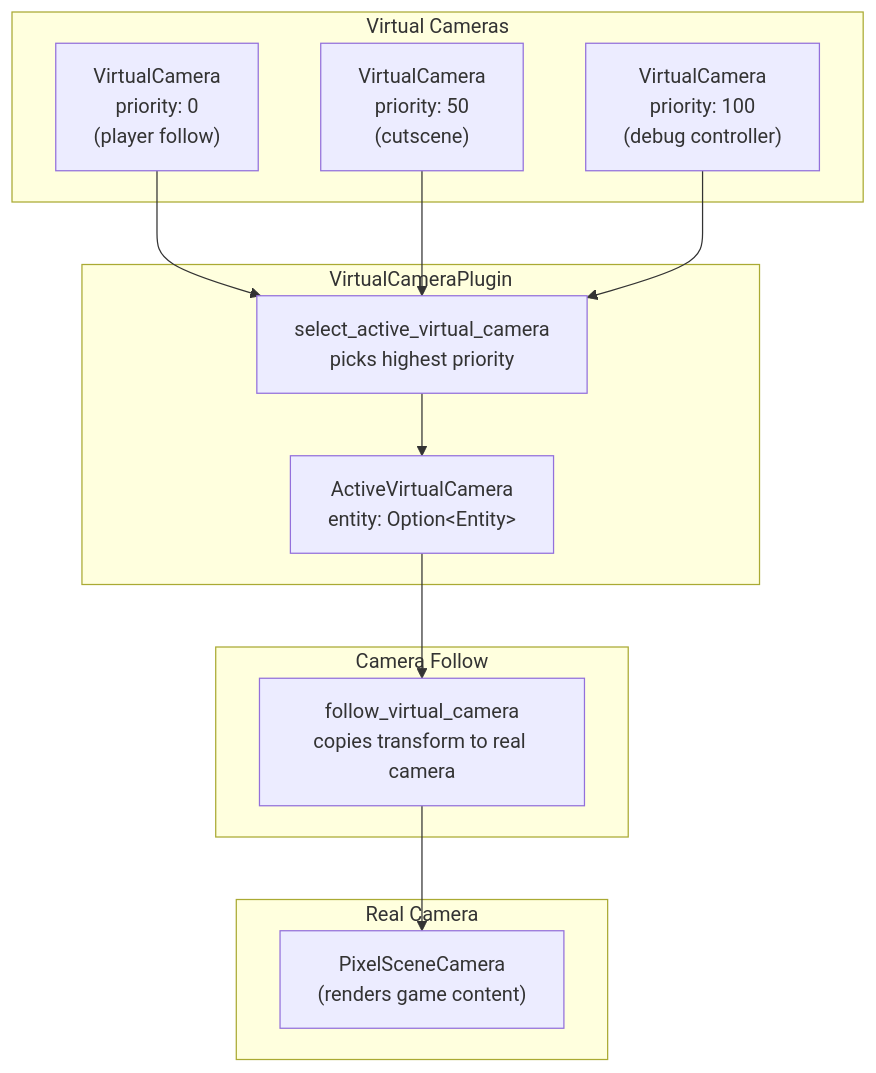
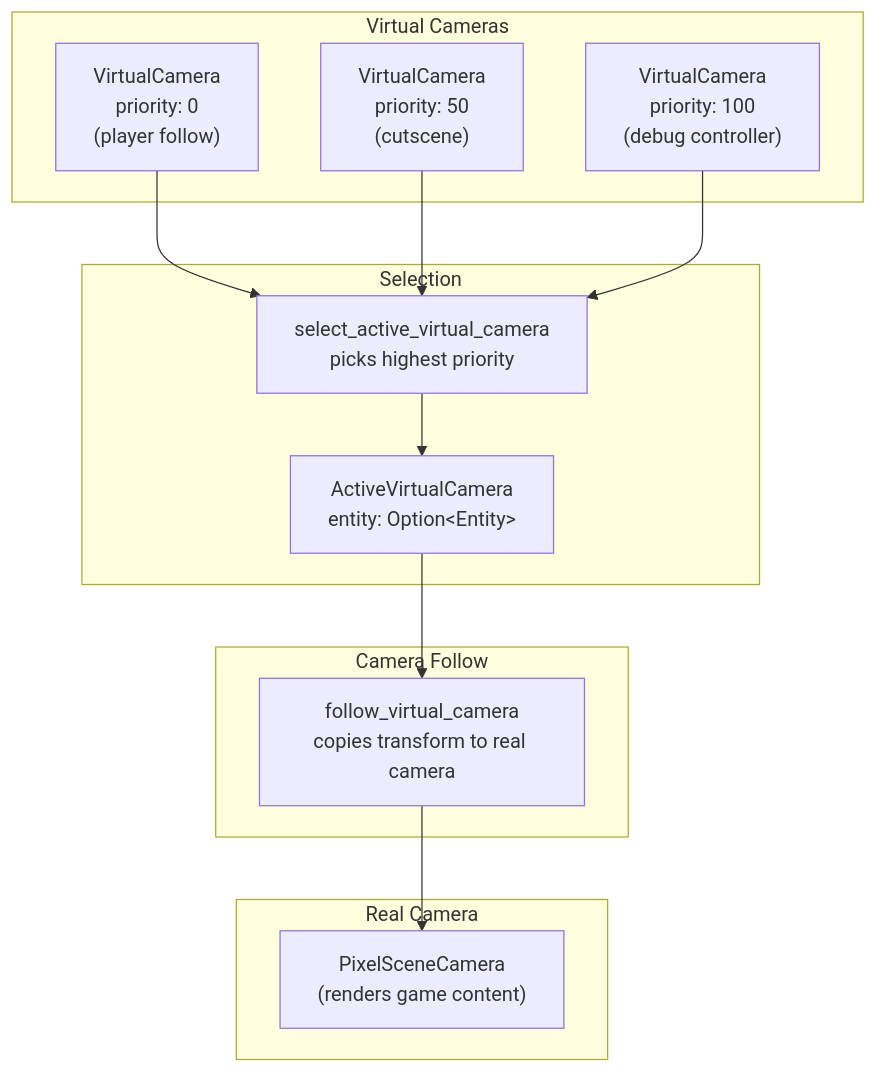
The diagram in docs/architecture/rendering/virtual-camera.md (api-haus/bevy_pixel_world), drawn with Mermaid before and after one commit. The commit also changed 37 other files, not shown here.

First line of the commit message:
docs: remove library framing, adopt game-first architecture

````diff
--- a/docs/architecture/rendering/virtual-camera.md
+++ b/docs/architecture/rendering/virtual-camera.md
@@ -13,28 +13,28 @@
 ```mermaid
 flowchart TB
     subgraph VirtualCameras["Virtual Cameras"]
         VC0["VirtualCamera<br/>priority: 0<br/>(player follow)"]
         VC50["VirtualCamera<br/>priority: 50<br/>(cutscene)"]
         VC100["VirtualCamera<br/>priority: 100<br/>(debug controller)"]
     end
 
-    subgraph Selection["VirtualCameraPlugin"]
+    subgraph Selection["Selection"]
         Select["select_active_virtual_camera<br/>picks highest priority"]
         Resource["ActiveVirtualCamera<br/>entity: Option&lt;Entity&gt;"]
         Select --> Resource
     end
 
     subgraph Follow["Camera Follow"]
         FollowSys["follow_virtual_camera<br/>copies transform to real camera"]
     end
 
     subgraph RealCamera["Real Camera"]
         Scene["PixelSceneCamera<br/>(renders game content)"]
     end
 
     VC0 --> Select
     VC50 --> Select
     VC100 --> Select
     Resource --> FollowSys
     FollowSys --> Scene
 ```
````
